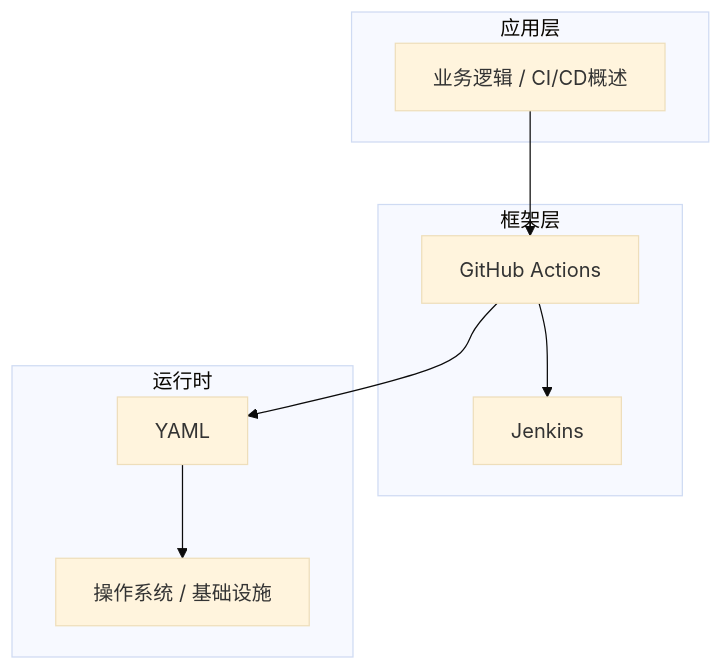
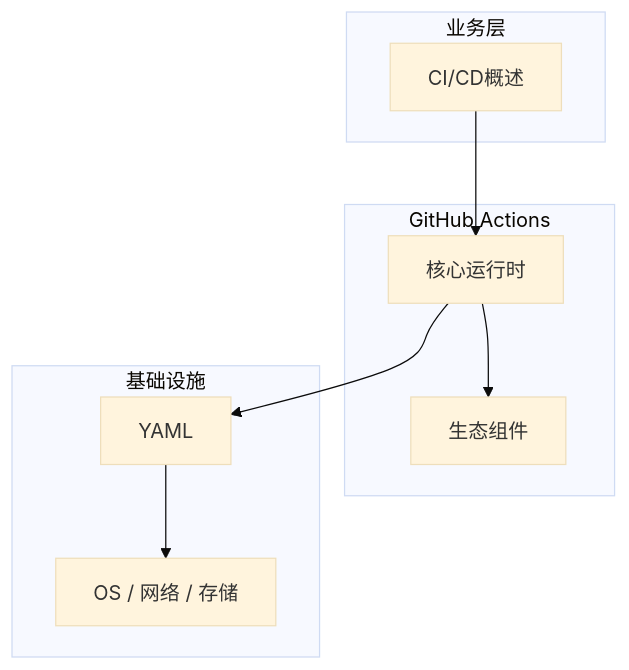
One commit to yanggan2015/knowledge-json-v2 changed the diagram in articles/CI与CD/chapters/001-CICD概述核心概念与原理.md. Above: the diagram before and after it, drawn with Mermaid (base theme). The commit also changed other lines of this file and 10127 other files, not shown here.

````diff
--- a/articles/CI与CD/chapters/001-CICD概述核心概念与原理.md
+++ b/articles/CI与CD/chapters/001-CICD概述核心概念与原理.md
@@ -45,18 +34,18 @@
 ```mermaid
 graph TB
-    subgraph 应用层
-        A[业务逻辑 / CI/CD概述]
+    subgraph 业务层
+        A[CI/CD概述]
     end
-    subgraph 框架层
-        B[GitHub Actions]
-        C[Jenkins]
+    subgraph GitHub Actions
+        B[核心运行时]
+        C[生态组件]
     end
-    subgraph 运行时
+    subgraph 基础设施
         D[YAML]
-        E[操作系统 / 基础设施]
+        E[OS / 网络 / 存储]
     end
     A --> B
     B --> C
     B --> D
     D --> E
 ```
````
